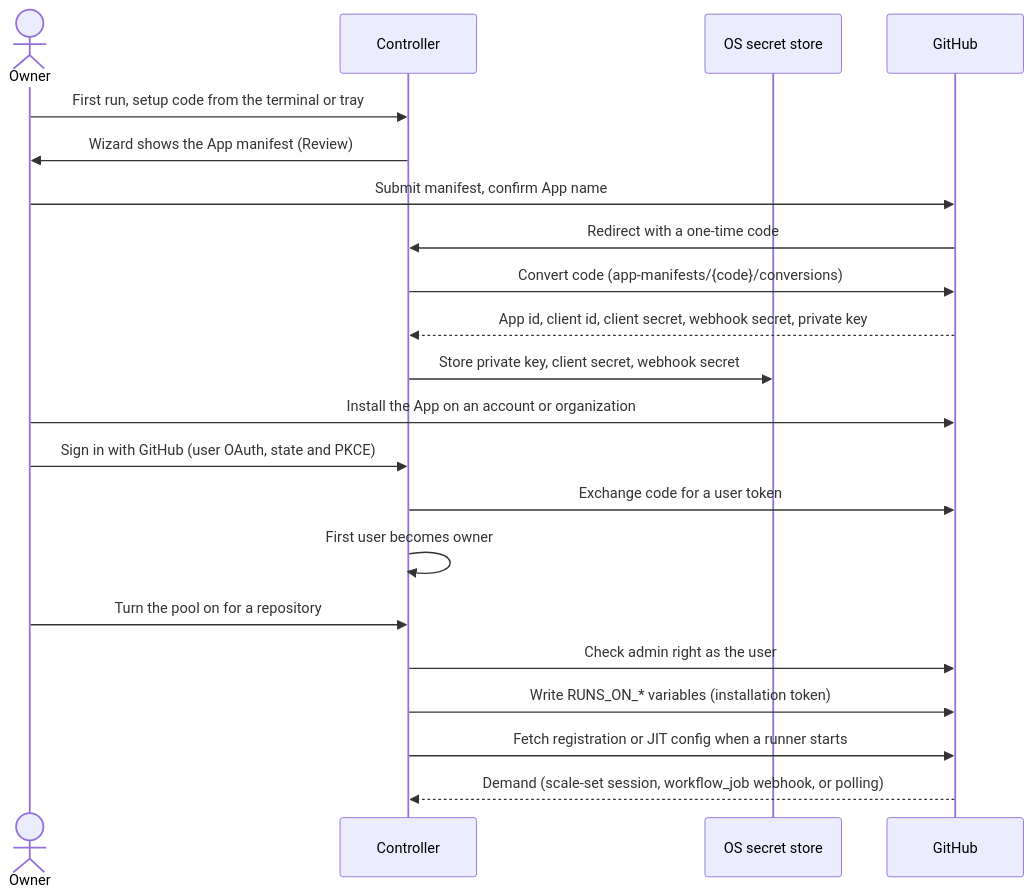
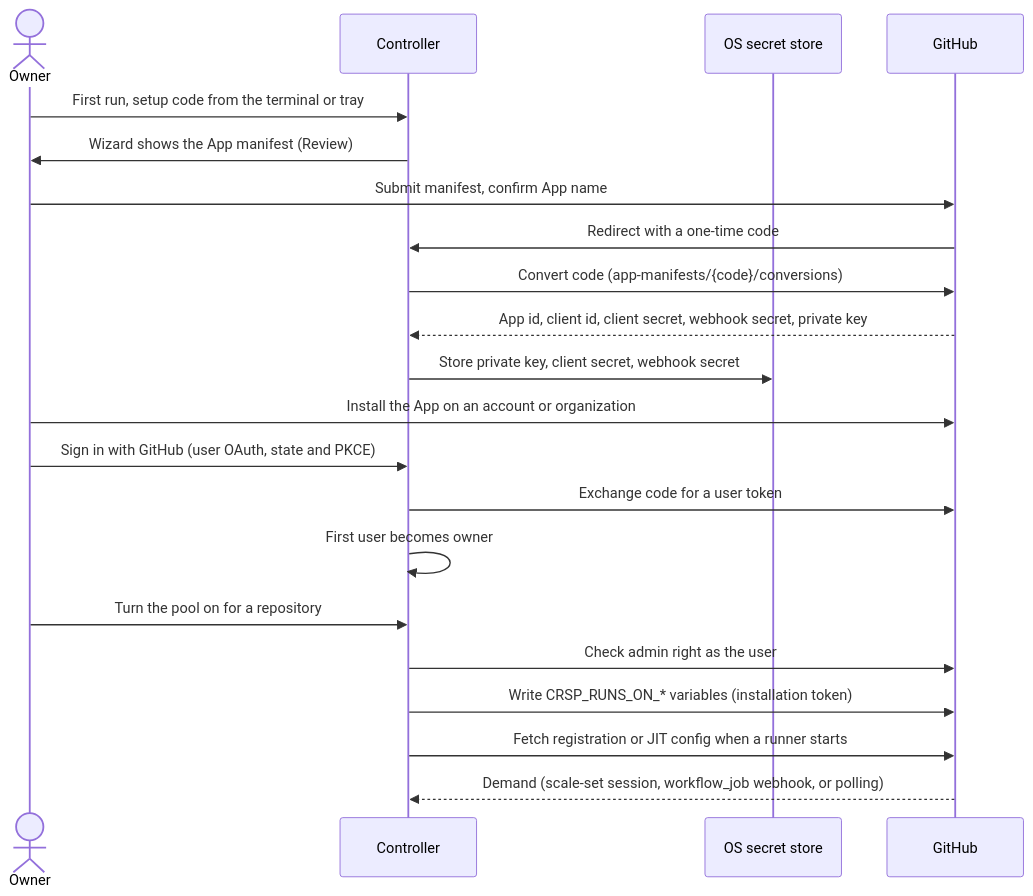
Before and after one commit to luis-mc/ci-runners-shared-pool: the first of 2 diagrams in docs/features/github-integration/spec.md, drawn with Mermaid. The commit also changed other lines of this file and 20 other files, not shown here.

````diff
--- a/docs/features/github-integration/spec.md
+++ b/docs/features/github-integration/spec.md
@@ -64,23 +64,23 @@
 ```mermaid
 sequenceDiagram
   actor O as Owner
   participant C as Controller
   participant S as OS secret store
   participant G as GitHub
   O->>C: First run, setup code from the terminal or tray
   C->>O: Wizard shows the App manifest (Review)
   O->>G: Submit manifest, confirm App name
   G->>C: Redirect with a one-time code
   C->>G: Convert code (app-manifests/{code}/conversions)
   G-->>C: App id, client id, client secret, webhook secret, private key
   C->>S: Store private key, client secret, webhook secret
   O->>G: Install the App on an account or organization
   O->>C: Sign in with GitHub (user OAuth, state and PKCE)
   C->>G: Exchange code for a user token
   C->>C: First user becomes owner
   O->>C: Turn the pool on for a repository
   C->>G: Check admin right as the user
-  C->>G: Write RUNS_ON_* variables (installation token)
+  C->>G: Write CRSP_RUNS_ON_* variables (installation token)
   C->>G: Fetch registration or JIT config when a runner starts
   G-->>C: Demand (scale-set session, workflow_job webhook, or polling)
 ```
````
